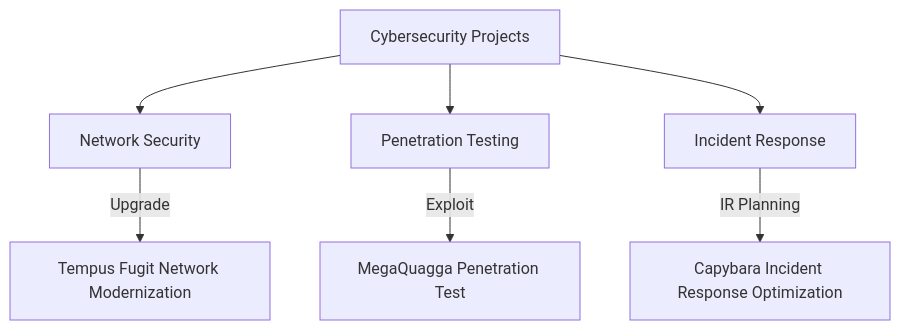
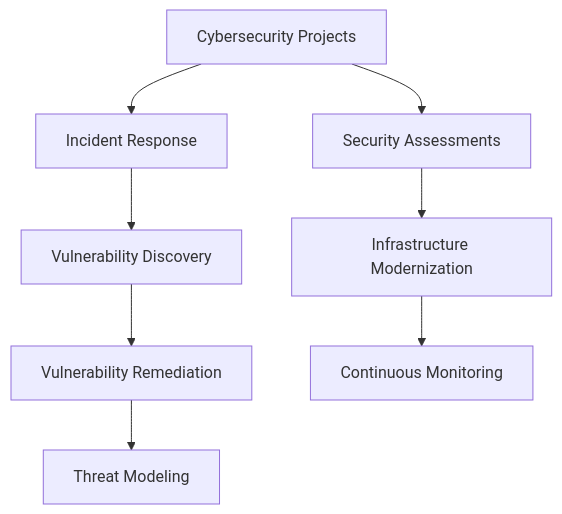
The diagram in projects.md (EnoMada/EnoMada), drawn with Mermaid before and after one commit. The commit also changed other lines of this file, not shown here.

````diff
--- a/projects.md
+++ b/projects.md
@@ -101,9 +101,11 @@
 ```mermaid
 graph TD;
-  A[Cybersecurity Projects] --> B[Network Security]
-  A --> C[Penetration Testing]
-  A --> D[Incident Response]
-  B -->|Upgrade| E[Tempus Fugit Network Modernization]
-  C -->|Exploit| F[MegaQuagga Penetration Test]
-  D -->|IR Planning| G[Capybara Incident Response Optimization]
+  A[Cybersecurity Projects] --> B[Incident Response];
+  B --> C[Vulnerability Discovery];
+  C --> D[Vulnerability Remediation];
+  D --> E[Threat Modeling];
+
+  A --> F[Security Assessments];
+  F --> G[Infrastructure Modernization];
+  G --> H[Continuous Monitoring];
 ```
````
